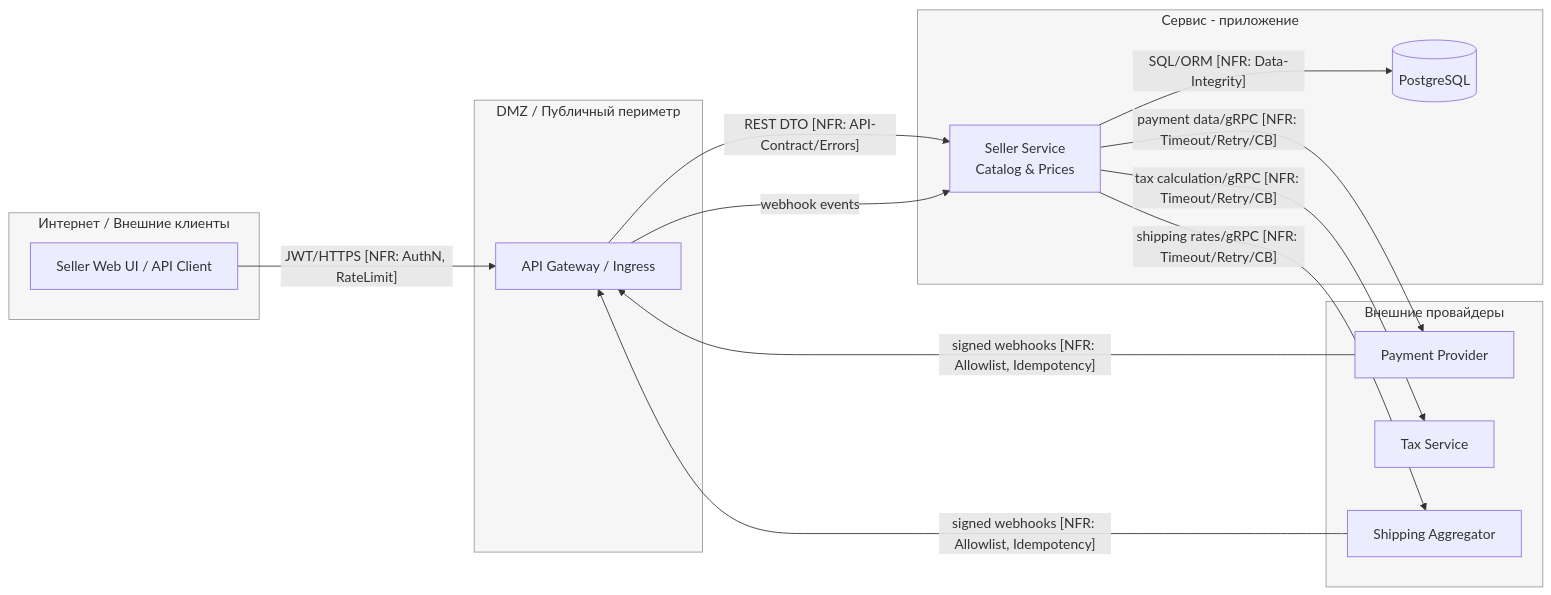
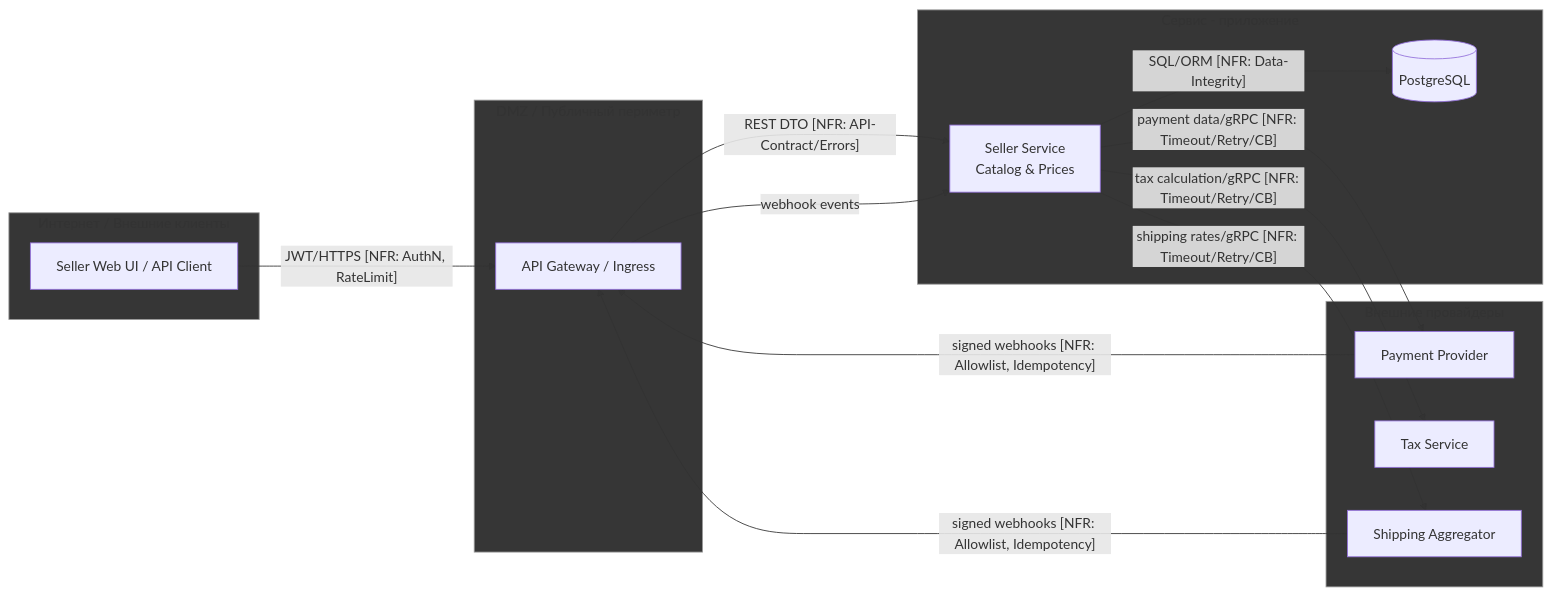
One commit to TVI-ARTEM/secdev-lite-repo changed the diagram in GRADING/TM.md. Above: the diagram before and after it, drawn with Mermaid.

````diff
--- a/GRADING/TM.md
+++ b/GRADING/TM.md
@@ -28,41 +28,41 @@
 ```mermaid
 flowchart LR
   %% --- Trust boundaries ---
   subgraph Internet[Интернет / Внешние клиенты]
     U[Seller Web UI / API Client]
   end
 
   subgraph DMZ[DMZ / Публичный периметр]
     A[API Gateway / Ingress]
   end
 
   subgraph Service[Сервис - приложение]
     S[Seller Service<br/>Catalog & Prices]
     D[(PostgreSQL)]
   end
 
   subgraph External[Внешние провайдеры]
     PSP[Payment Provider]
     TAX[Tax Service]
     SHP[Shipping Aggregator]
   end
 
   %% --- Основные потоки ---
   U -- "JWT/HTTPS [NFR: AuthN, RateLimit]" --> A
   A -->|"REST DTO [NFR: API-Contract/Errors]"| S
   S -->|"SQL/ORM [NFR: Data-Integrity]"| D
   S -->|"payment data/gRPC [NFR: Timeout/Retry/CB]"| PSP
   S -->|"tax calculation/gRPC [NFR: Timeout/Retry/CB]"| TAX
   S -->|"shipping rates/gRPC [NFR: Timeout/Retry/CB]"| SHP
 
   %% --- Webhooks обратно ---
   PSP -- "signed webhooks [NFR: Allowlist, Idempotency]" --> A
   SHP -- "signed webhooks [NFR: Allowlist, Idempotency]" --> A
   A -->|"webhook events"| S
 
   %% --- Границы оформления ---
-  classDef boundary fill:#f6f6f6,stroke:#999,stroke-width:1px;
+  classDef boundary fill:#363636,stroke:#999,stroke-width:1px;
   class Internet,DMZ,Service,External boundary;
 
 
 ```
````
